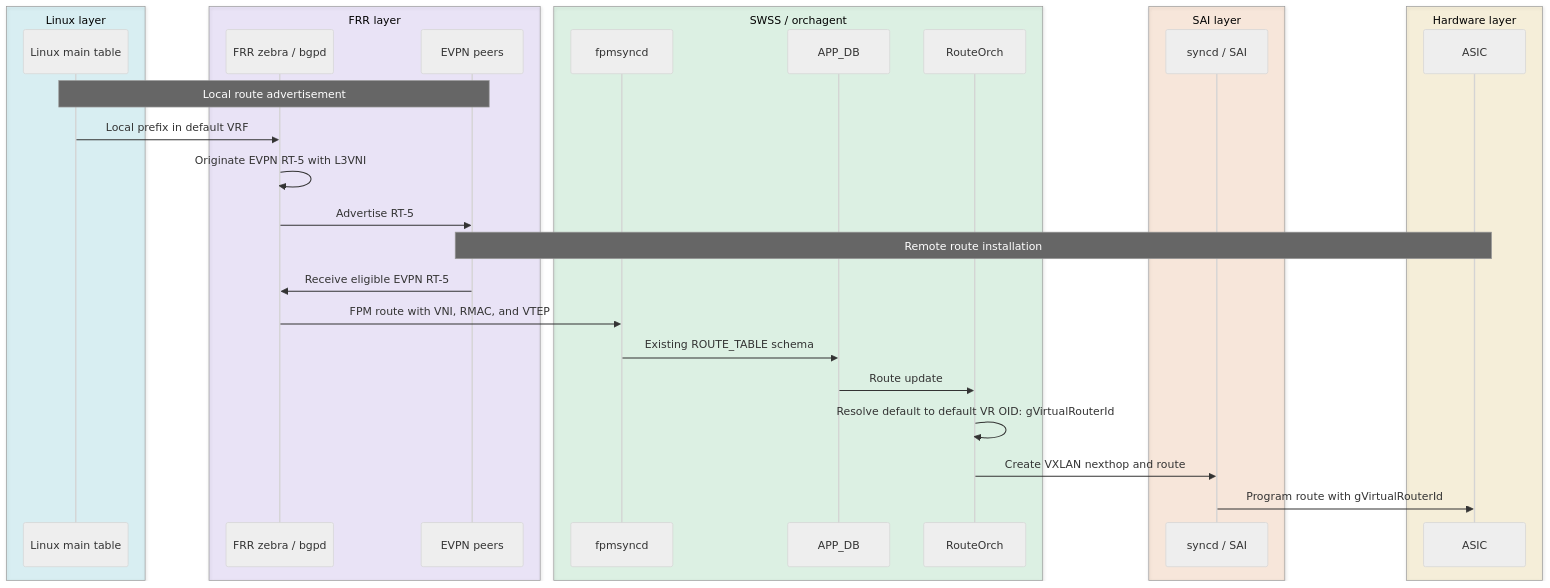
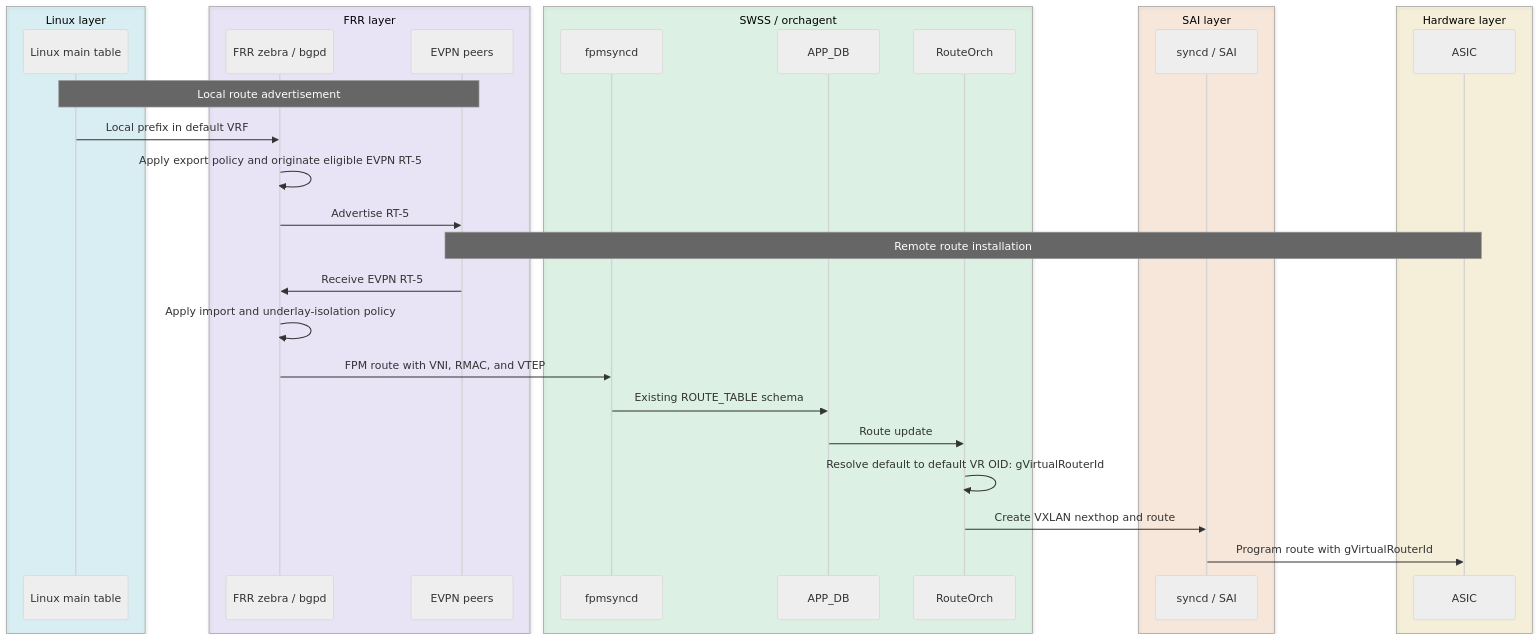
One commit to sonic-net/SONiC changed the fourth of 4 diagrams in doc/vxlan/l3vni_default_vrf_hld.md. Above: the diagram before and after it, drawn with Mermaid (neutral theme). The commit also changed other lines of this file, not shown here.

Commit message:
doc: address default VRF L3VNI review feedback

````diff
--- a/doc/vxlan/l3vni_default_vrf_hld.md
+++ b/doc/vxlan/l3vni_default_vrf_hld.md
@@ -171,35 +183,36 @@
 ```mermaid
 sequenceDiagram
     box rgba(6,182,212,0.12) Linux layer
         participant GRT as Linux main table
     end
     box rgba(139,92,246,0.12) FRR layer
         participant FRR as FRR zebra / bgpd
         participant FAB as EVPN peers
     end
     box rgba(34,197,94,0.12) SWSS / orchagent
         participant FP as fpmsyncd
         participant ADB as APP_DB
         participant RO as RouteOrch
     end
     box rgba(249,115,22,0.12) SAI layer
         participant SAI as syncd / SAI
     end
     box rgba(234,179,8,0.12) Hardware layer
         participant ASIC
     end
 
     Note over GRT,FAB: Local route advertisement
     GRT->>FRR: Local prefix in default VRF
-    FRR->>FRR: Originate EVPN RT-5 with L3VNI
+    FRR->>FRR: Apply export policy and originate eligible EVPN RT-5
     FRR->>FAB: Advertise RT-5
 
     Note over FAB,ASIC: Remote route installation
-    FAB->>FRR: Receive eligible EVPN RT-5
+    FAB->>FRR: Receive EVPN RT-5
+    FRR->>FRR: Apply import and underlay-isolation policy
     FRR->>FP: FPM route with VNI, RMAC, and VTEP
     FP->>ADB: Existing ROUTE_TABLE schema
     ADB->>RO: Route update
     RO->>RO: Resolve default to default VR OID: gVirtualRouterId
     RO->>SAI: Create VXLAN nexthop and route
     SAI->>ASIC: Program route with gVirtualRouterId
 ```
````
